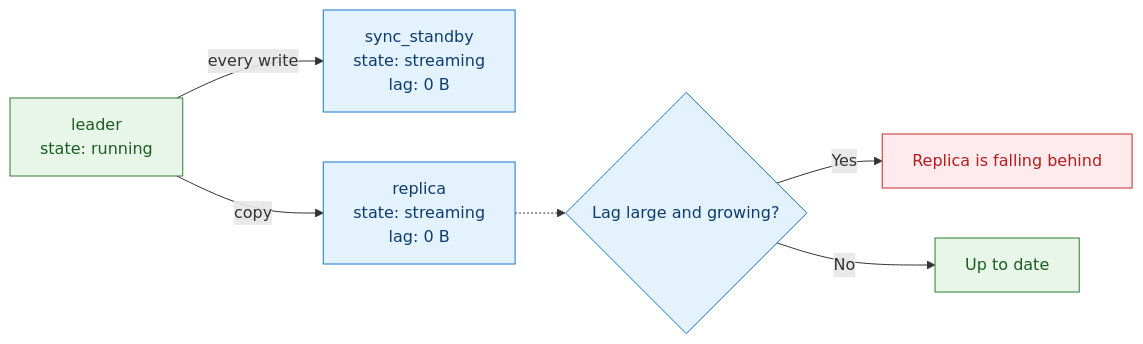
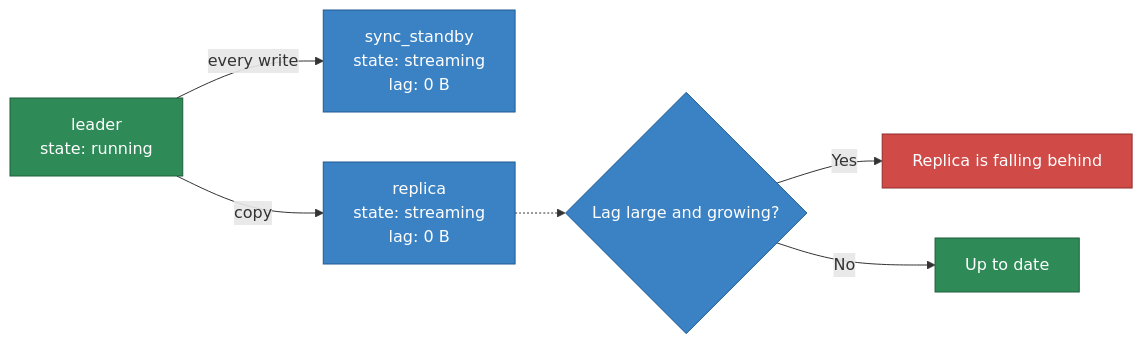
Before and after one commit to AdityaPanchall/keenpg-documentation: the fifth of 12 diagrams in docs/console.md, drawn with Mermaid. The commit also changed other lines of this file and 1 other file, not shown here.

````diff
--- a/docs/console.md
+++ b/docs/console.md
@@ -630,15 +586,15 @@
 ```mermaid
 flowchart LR
     L["leader<br/>state: running"] -->|"every write"| SS["sync_standby<br/>state: streaming<br/>lag: 0 B"]
     L -->|"copy"| R["replica<br/>state: streaming<br/>lag: 0 B"]
     R -.-> W{"Lag large and growing?"}
     W -->|"Yes"| BAD["Replica is falling behind"]
     W -->|"No"| GOOD["Up to date"]
 
-    classDef step fill:#e3f2fd,stroke:#1976d2,color:#0d3c6e
-    classDef ok fill:#e8f5e9,stroke:#2e7d32,color:#1b5e20
-    classDef bad fill:#ffebee,stroke:#c62828,color:#b71c1c
+    classDef step fill:#3b82c4,stroke:#1e5a94,color:#fff
+    classDef ok fill:#2e8b57,stroke:#1c5e3a,color:#fff
+    classDef bad fill:#d04a47,stroke:#8f2c2a,color:#fff
     class SS,R,W step
     class L,GOOD ok
     class BAD bad
 ```
````
